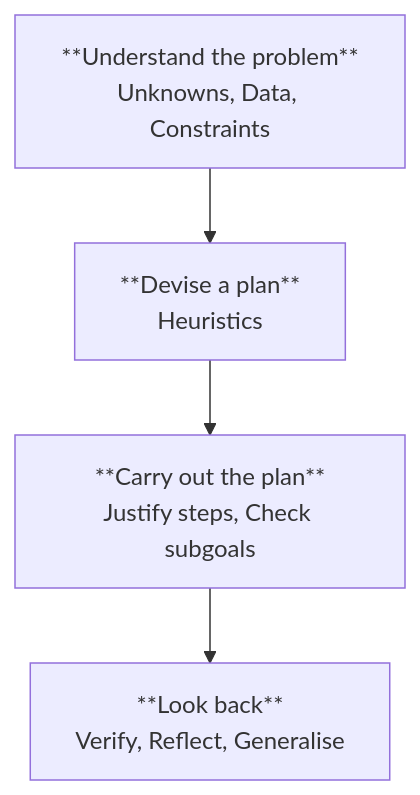
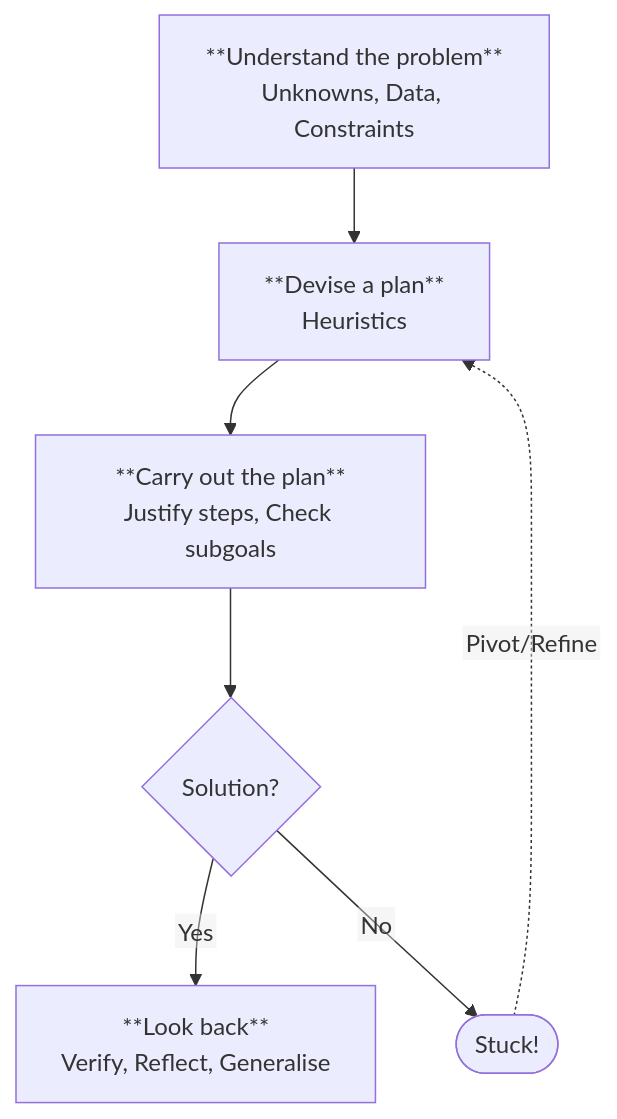
Before and after one commit to dundeemath/PH11002: the diagram in 02-problems.qmd, drawn with Mermaid. The commit also changed other lines of this file and 26 other files, not shown here.

Commit message:
Added new quotes. Updated flow chart in problems.

````diff
--- a/02-problems.qmd
+++ b/02-problems.qmd
@@ -42,14 +42,23 @@
 ```{mermaid}
 %%| label: fig-phases
-%%| fig-cap: "Four phases of problem solving."
+%%| fig-cap: "The four phases of problem solving within a problem solving cycle."
 %%| fig-alt: "Four-step flow: Understand → Plan → Carry out → Look back."
 %%{init: { "flowchart": { "htmlLabels": false } }}%%
 
 flowchart TB
   U[**Understand the problem**<br>Unknowns, Data, Constraints]
   P[**Devise a plan**<br>Heuristics]
   C[**Carry out the plan**<br>Justify steps, Check subgoals]
   L[**Look back**<br>Verify, Reflect, Generalise]
+  
+  S{Solution?}
+  
+  X([Stuck!])
 
-  U --> P --> C --> L
+  U --> P 
+  P --> C 
+  C --> S
+  S -- Yes --> L
+  S -- No --> X
+  X -. Pivot/Refine .-> P
 ```
````
